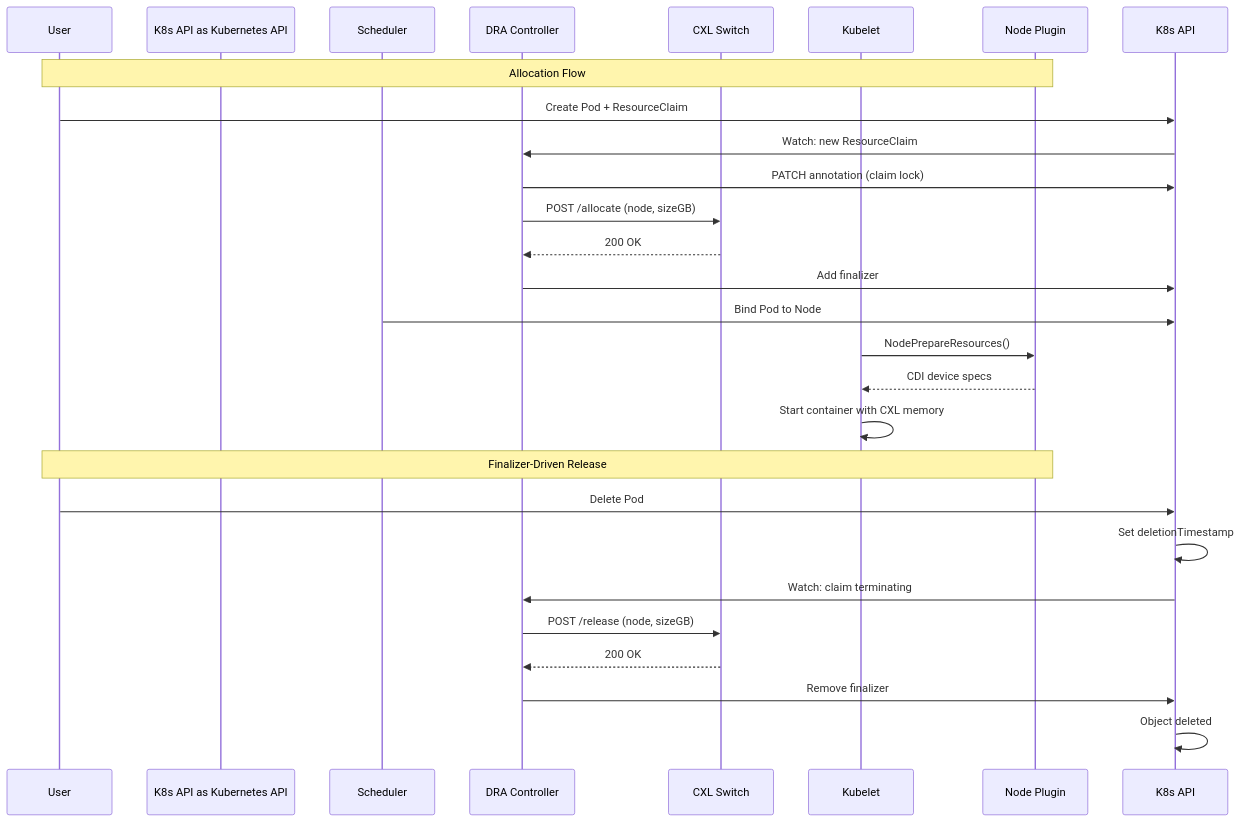
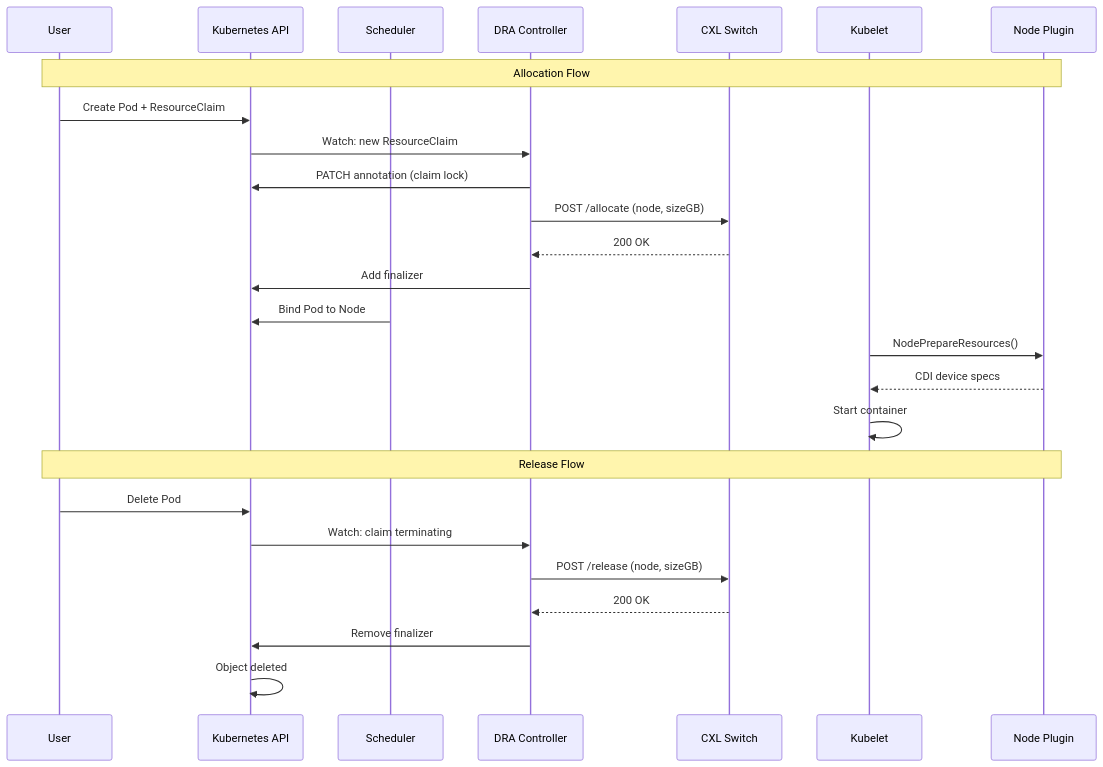
One commit to justin-oleary/cxl-dra-driver changed the diagram in README.md. Above: the diagram before and after it, drawn with Mermaid. The commit also changed other lines of this file and 8 other files, not shown here.

````diff
--- a/README.md
+++ b/README.md
@@ -32,31 +24,30 @@
 ```mermaid
 sequenceDiagram
     participant User
-    participant K8s API as Kubernetes API
-    participant Scheduler
-    participant Controller as DRA Controller
+    participant API as Kubernetes API
+    participant Sched as Scheduler
+    participant Ctrl as DRA Controller
     participant CXL as CXL Switch
     participant Kubelet
     participant Plugin as Node Plugin
 
     Note over User,Plugin: Allocation Flow
-    User->>K8s API: Create Pod + ResourceClaim
-    K8s API->>Controller: Watch: new ResourceClaim
-    Controller->>K8s API: PATCH annotation (claim lock)
-    Controller->>CXL: POST /allocate (node, sizeGB)
-    CXL-->>Controller: 200 OK
-    Controller->>K8s API: Add finalizer
-    Scheduler->>K8s API: Bind Pod to Node
+    User->>API: Create Pod + ResourceClaim
+    API->>Ctrl: Watch: new ResourceClaim
+    Ctrl->>API: PATCH annotation (claim lock)
+    Ctrl->>CXL: POST /allocate (node, sizeGB)
+    CXL-->>Ctrl: 200 OK
+    Ctrl->>API: Add finalizer
+    Sched->>API: Bind Pod to Node
     Kubelet->>Plugin: NodePrepareResources()
     Plugin-->>Kubelet: CDI device specs
-    Kubelet->>Kubelet: Start container with CXL memory
+    Kubelet->>Kubelet: Start container
 
-    Note over User,Plugin: Finalizer-Driven Release
-    User->>K8s API: Delete Pod
-    K8s API->>K8s API: Set deletionTimestamp
-    K8s API->>Controller: Watch: claim terminating
-    Controller->>CXL: POST /release (node, sizeGB)
-    CXL-->>Controller: 200 OK
-    Controller->>K8s API: Remove finalizer
-    K8s API->>K8s API: Object deleted
+    Note over User,Plugin: Release Flow
+    User->>API: Delete Pod
+    API->>Ctrl: Watch: claim terminating
+    Ctrl->>CXL: POST /release (node, sizeGB)
+    CXL-->>Ctrl: 200 OK
+    Ctrl->>API: Remove finalizer
+    API->>API: Object deleted
 ```
````
